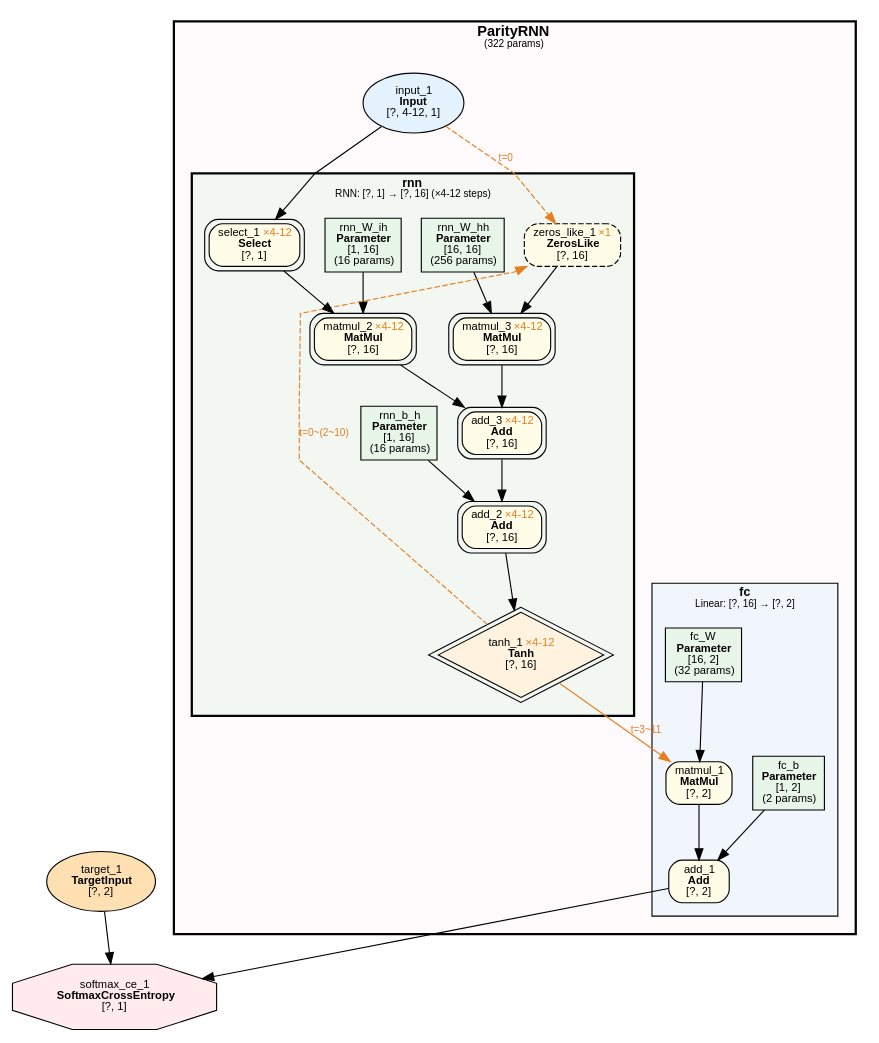
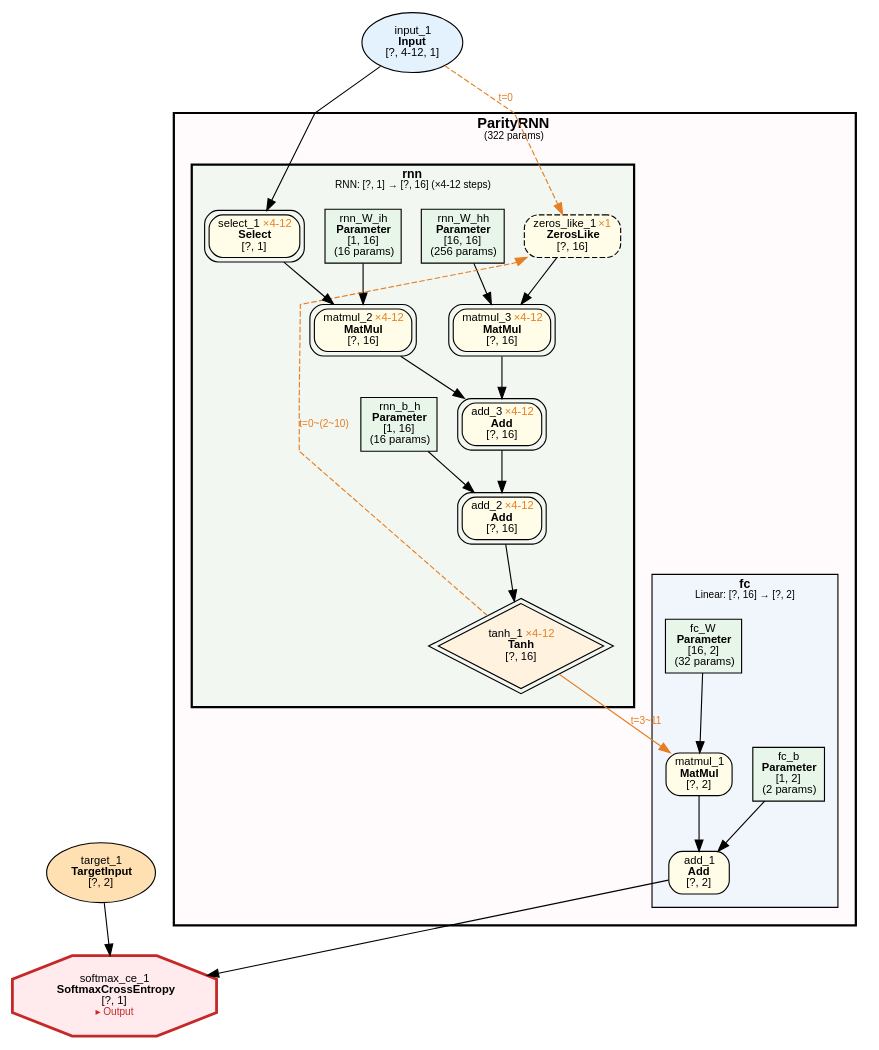
Before and after one commit to dbsxdbsx/only_torch: the diagram in examples/parity_rnn_var_len/parity_rnn_var_len.dot, drawn with Graphviz. The commit also changed 48 other files, not shown here.

```diff
--- a/examples/parity_rnn_var_len/parity_rnn_var_len.dot
+++ b/examples/parity_rnn_var_len/parity_rnn_var_len.dot
@@ -1,74 +1,74 @@
 digraph ComputeGraph {
     rankdir=TB;
     newrank=true;
     splines=polyline;
     node [fontname="Microsoft YaHei,SimHei,Arial"];
     edge [fontname="Microsoft YaHei,SimHei,Arial"];
 
     subgraph cluster_model_ParityRNN {
         label=<<B>ParityRNN</B><BR/><FONT POINT-SIZE="9">(322 params)</FONT>>;
         style="filled,bold";
         fillcolor="#FFEBEE40";
         fontname="Microsoft YaHei,SimHei,Arial";
         fontsize=13;
         margin=16;
 
         subgraph cluster_ParityRNN_fc {
             label=<<B>fc</B><BR/><FONT POINT-SIZE="9">Linear: [?, 16] → [?, 2]</FONT>>;
             style=filled;
             fillcolor="#E3F2FD80";
             fontname="Microsoft YaHei,SimHei,Arial";
             fontsize=11;
             margin=12;
                 "2" [label=<add_1<BR/><B>Add</B><BR/>[?, 2]> shape=box style="filled,rounded" fillcolor="#FFFDE7" fontsize=10];
                 "4" [label=<matmul_1<BR/><B>MatMul</B><BR/>[?, 2]> shape=box style="filled,rounded" fillcolor="#FFFDE7" fontsize=10];
                 "5" [label=<fc_b<BR/><B>Parameter</B><BR/>[1, 2]<BR/>(2 params)> shape=box style=filled fillcolor="#E8F5E9" fontsize=10];
                 "6" [label=<fc_W<BR/><B>Parameter</B><BR/>[16, 2]<BR/>(32 params)> shape=box style=filled fillcolor="#E8F5E9" fontsize=10];
         }
 
         subgraph cluster_ParityRNN_rnn {
             label=<<B>rnn</B><BR/><FONT POINT-SIZE="9">RNN: [?, 1] → [?, 16] (×4-12 steps)</FONT>>;
             style="filled,bold";
             peripheries=3;
             penwidth=2;
             fillcolor="#E8F5E980";
             fontname="Microsoft YaHei,SimHei,Arial";
             fontsize=11;
             margin=12;
-            "7" [label=<rnn_b_h<BR/><B>Parameter</B><BR/>[1, 16]<BR/>(16 params)> shape=box style=filled fillcolor="#E8F5E9" fontsize=10];
-            "8" [label=<rnn_W_ih<BR/><B>Parameter</B><BR/>[1, 16]<BR/>(16 params)> shape=box style=filled fillcolor="#E8F5E9" fontsize=10];
-            "9" [label=<rnn_W_hh<BR/><B>Parameter</B><BR/>[16, 16]<BR/>(256 params)> shape=box style=filled fillcolor="#E8F5E9" fontsize=10];
-            "11" [label=<tanh_1 <FONT COLOR="#E67E22">×4-12</FONT><BR/><B>Tanh</B><BR/>[?, 16]> shape=diamond style=filled fillcolor="#FFF3E0" fontsize=10 peripheries=2];
-            "12" [label=<add_2 <FONT COLOR="#E67E22">×4-12</FONT><BR/><B>Add</B><BR/>[?, 16]> shape=box style="filled,rounded" fillcolor="#FFFDE7" fontsize=10 peripheries=2];
-            "13" [label=<add_3 <FONT COLOR="#E67E22">×4-12</FONT><BR/><B>Add</B><BR/>[?, 16]> shape=box style="filled,rounded" fillcolor="#FFFDE7" fontsize=10 peripheries=2];
-            "14" [label=<matmul_2 <FONT COLOR="#E67E22">×4-12</FONT><BR/><B>MatMul</B><BR/>[?, 16]> shape=box style="filled,rounded" fillcolor="#FFFDE7" fontsize=10 peripheries=2];
-            "15" [label=<matmul_3 <FONT COLOR="#E67E22">×4-12</FONT><BR/><B>MatMul</B><BR/>[?, 16]> shape=box style="filled,rounded" fillcolor="#FFFDE7" fontsize=10 peripheries=2];
-            "16" [label=<select_1 <FONT COLOR="#E67E22">×4-12</FONT><BR/><B>Select</B><BR/>[?, 1]> shape=box style="filled,rounded" fillcolor="#FFFDE7" fontsize=10 peripheries=2];
-            "17" [label=<zeros_like_1 <FONT COLOR="#E67E22">×1</FONT><BR/><B>ZerosLike</B><BR/>[?, 16]> shape=box style="filled,rounded,dashed" fillcolor="#FFFDE7" fontsize=10];
+                "7" [label=<rnn_b_h<BR/><B>Parameter</B><BR/>[1, 16]<BR/>(16 params)> shape=box style=filled fillcolor="#E8F5E9" fontsize=10];
+                "8" [label=<rnn_W_ih<BR/><B>Parameter</B><BR/>[1, 16]<BR/>(16 params)> shape=box style=filled fillcolor="#E8F5E9" fontsize=10];
+                "9" [label=<rnn_W_hh<BR/><B>Parameter</B><BR/>[16, 16]<BR/>(256 params)> shape=box style=filled fillcolor="#E8F5E9" fontsize=10];
+                "11" [label=<tanh_1 <FONT COLOR="#E67E22">×4-12</FONT><BR/><B>Tanh</B><BR/>[?, 16]> shape=diamond style=filled fillcolor="#FFF3E0" fontsize=10 peripheries=2];
+                "12" [label=<add_2 <FONT COLOR="#E67E22">×4-12</FONT><BR/><B>Add</B><BR/>[?, 16]> shape=box style="filled,rounded" fillcolor="#FFFDE7" fontsize=10 peripheries=2];
+                "13" [label=<add_3 <FONT COLOR="#E67E22">×4-12</FONT><BR/><B>Add</B><BR/>[?, 16]> shape=box style="filled,rounded" fillcolor="#FFFDE7" fontsize=10 peripheries=2];
+                "14" [label=<matmul_2 <FONT COLOR="#E67E22">×4-12</FONT><BR/><B>MatMul</B><BR/>[?, 16]> shape=box style="filled,rounded" fillcolor="#FFFDE7" fontsize=10 peripheries=2];
+                "15" [label=<matmul_3 <FONT COLOR="#E67E22">×4-12</FONT><BR/><B>MatMul</B><BR/>[?, 16]> shape=box style="filled,rounded" fillcolor="#FFFDE7" fontsize=10 peripheries=2];
+                "16" [label=<select_1 <FONT COLOR="#E67E22">×4-12</FONT><BR/><B>Select</B><BR/>[?, 1]> shape=box style="filled,rounded" fillcolor="#FFFDE7" fontsize=10 peripheries=2];
+                "17" [label=<zeros_like_1 <FONT COLOR="#E67E22">×1</FONT><BR/><B>ZerosLike</B><BR/>[?, 16]> shape=box style="filled,rounded,dashed" fillcolor="#FFFDE7" fontsize=10];
         }
 
-        "10" [label=<input_1<BR/><B>Input</B><BR/>[?, 4-12, 1]> shape=ellipse style=filled fillcolor="#E3F2FD" fontsize=10];
     }
 
-    "1" [label=<softmax_ce_1<BR/><B>SoftmaxCrossEntropy</B><BR/>[?, 1]> shape=octagon style=filled fillcolor="#FFEBEE" fontsize=10];
+    "1" [label=<softmax_ce_1<BR/><B>SoftmaxCrossEntropy</B><BR/>[?, 1]<BR/><FONT COLOR="#C62828" POINT-SIZE="9">▸ Output</FONT>> shape=octagon style=filled fillcolor="#FFEBEE" fontsize=10 penwidth=2.5 color="#C62828"];
     "3" [label=<target_1<BR/><B>TargetInput</B><BR/>[?, 2]> shape=ellipse style=filled fillcolor="#FFE0B2" fontsize=10];
+    "10" [label=<input_1<BR/><B>Input</B><BR/>[?, 4-12, 1]> shape=ellipse style=filled fillcolor="#E3F2FD" fontsize=10];
 
     "2" -> "1";
     "3" -> "1";
     "4" -> "2";
     "5" -> "2";
-    "11" -> "4" [color="#E67E22" label=<t=3~11> fontcolor="#E67E22" fontsize=9];
+    "11" -> "4" [ color="#E67E22" label=<t=3~11> fontcolor="#E67E22" fontsize=9];
     "6" -> "4";
     "12" -> "11";
     "13" -> "12";
     "7" -> "12";
     "14" -> "13";
     "15" -> "13";
     "16" -> "14";
     "8" -> "14";
     "17" -> "15";
     "9" -> "15";
     "10" -> "16";
-    "10" -> "17" [style=dashed color="#E67E22" label=<t=0> fontcolor="#E67E22" fontsize=9];
+    "10" -> "17" [ style=dashed color="#E67E22" label=<t=0> fontcolor="#E67E22" fontsize=9];
     "11" -> "17" [style=dashed color="#E67E22" label=<t=0~(2~10)> fontcolor="#E67E22" fontsize=9 constraint=false];
 }
```
